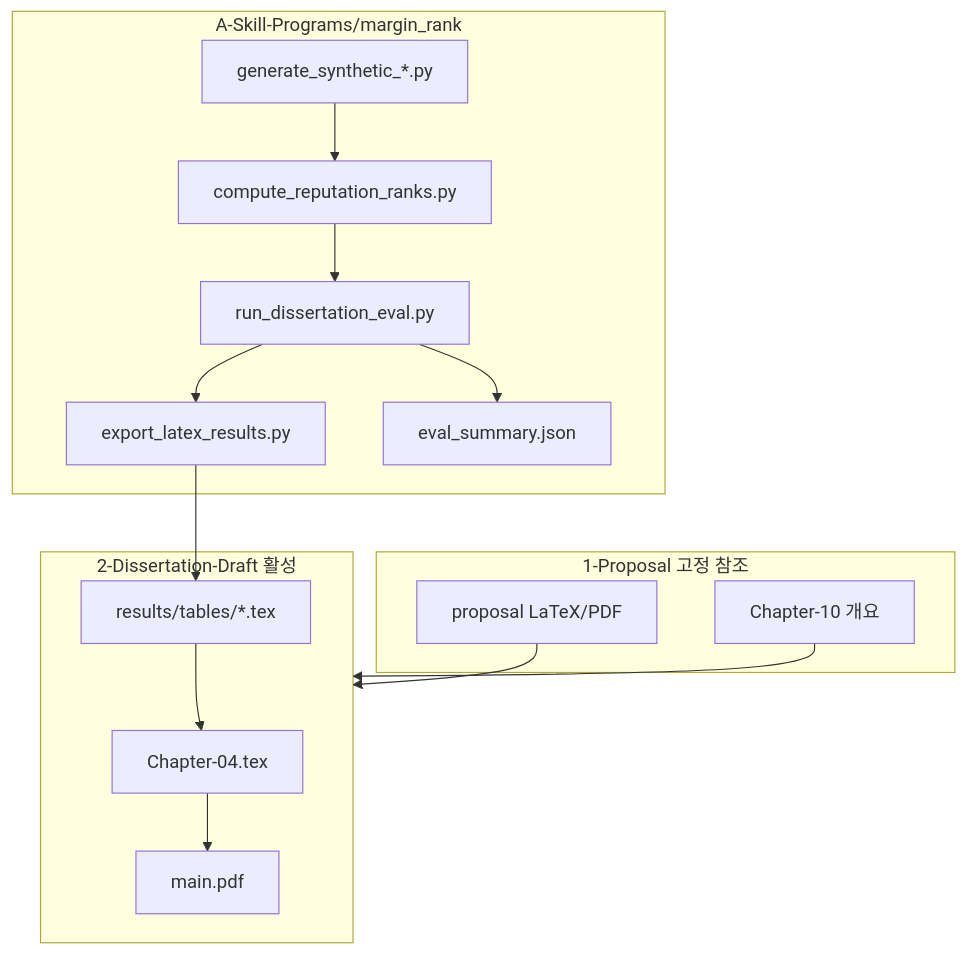
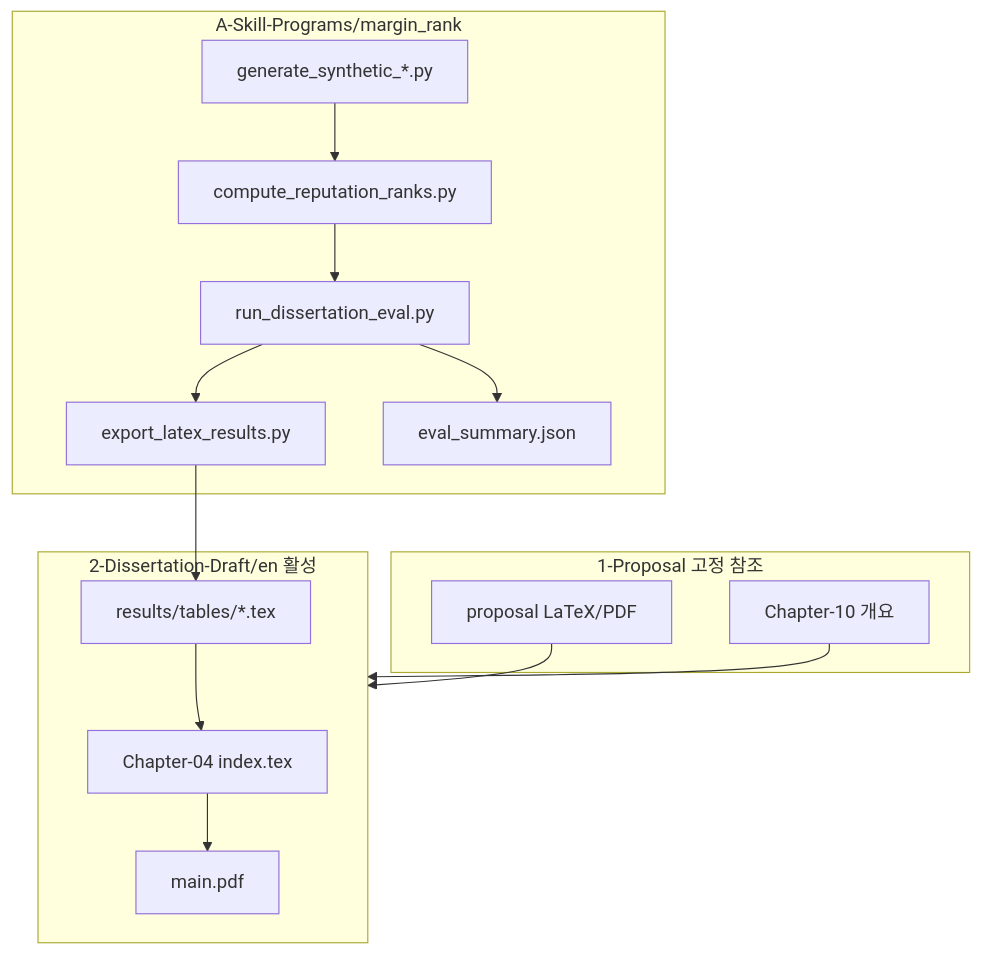
Before and after one commit to abitocodes/phd_works: the diagram in README.md, drawn with Mermaid. The commit also changed other lines of this file and 241 other files, not shown here.

````diff
--- a/README.md
+++ b/README.md
@@ -48,25 +48,25 @@
 ```mermaid
 flowchart TB
   subgraph proposal [1-Proposal 고정 참조]
     propLaTeX[proposal LaTeX/PDF]
     ch10[Chapter-10 개요]
   end
   subgraph code [A-Skill-Programs/margin_rank]
     synth[generate_synthetic_*.py]
     ranks[compute_reputation_ranks.py]
     eval[run_dissertation_eval.py]
     export[export_latex_results.py]
     json[eval_summary.json]
   end
-  subgraph draft [2-Dissertation-Draft 활성]
-    ch4[Chapter-04.tex]
+  subgraph draft [2-Dissertation-Draft/en 활성]
+    ch4[Chapter-04 index.tex]
     tables[results/tables/*.tex]
     pdf[main.pdf]
   end
   propLaTeX --> draft
   ch10 --> draft
   synth --> ranks --> eval --> json
   eval --> export --> tables
   tables --> ch4
   ch4 --> pdf
 ```
````
